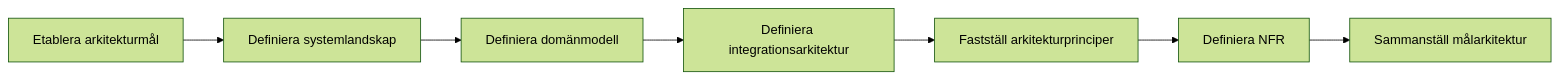
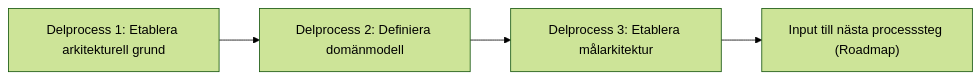
The diagram in framework/standard/processes/2. Målarkitektur.md (Riniga/valuestream-os), drawn with Mermaid (forest theme) before and after one commit. The commit also changed other lines of this file and 21 other files, not shown here.

````diff
--- a/framework/standard/processes/2. Målarkitektur.md
+++ b/framework/standard/processes/2. Målarkitektur.md
@@ -21,9 +21,6 @@
 ```mermaid
 flowchart LR
-    A1["Etablera arkitekturmål"] --> A2["Definiera systemlandskap"]
-    A2 --> A3["Definiera domänmodell"]
-    A3 --> A4["Definiera integrationsarkitektur"]
-    A4 --> A5["Fastställ arkitekturprinciper"]
-    A5 --> A6["Definiera NFR"]
-    A6 --> A7["Sammanställ målarkitektur"]
+    A1["Delprocess 1: Etablera arkitekturell grund"] --> A2["Delprocess 2: Definiera domänmodell"]
+    A2 --> A3["Delprocess 3: Etablera målarkitektur"]
+    A3 --> A4["Input till nästa processsteg (Roadmap)"]
 ```
````
